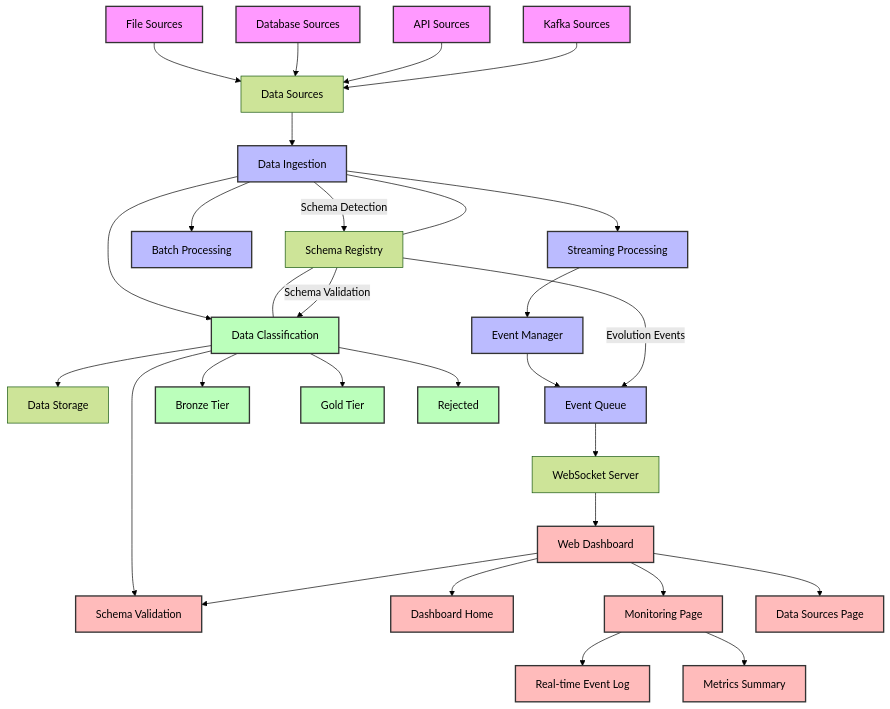
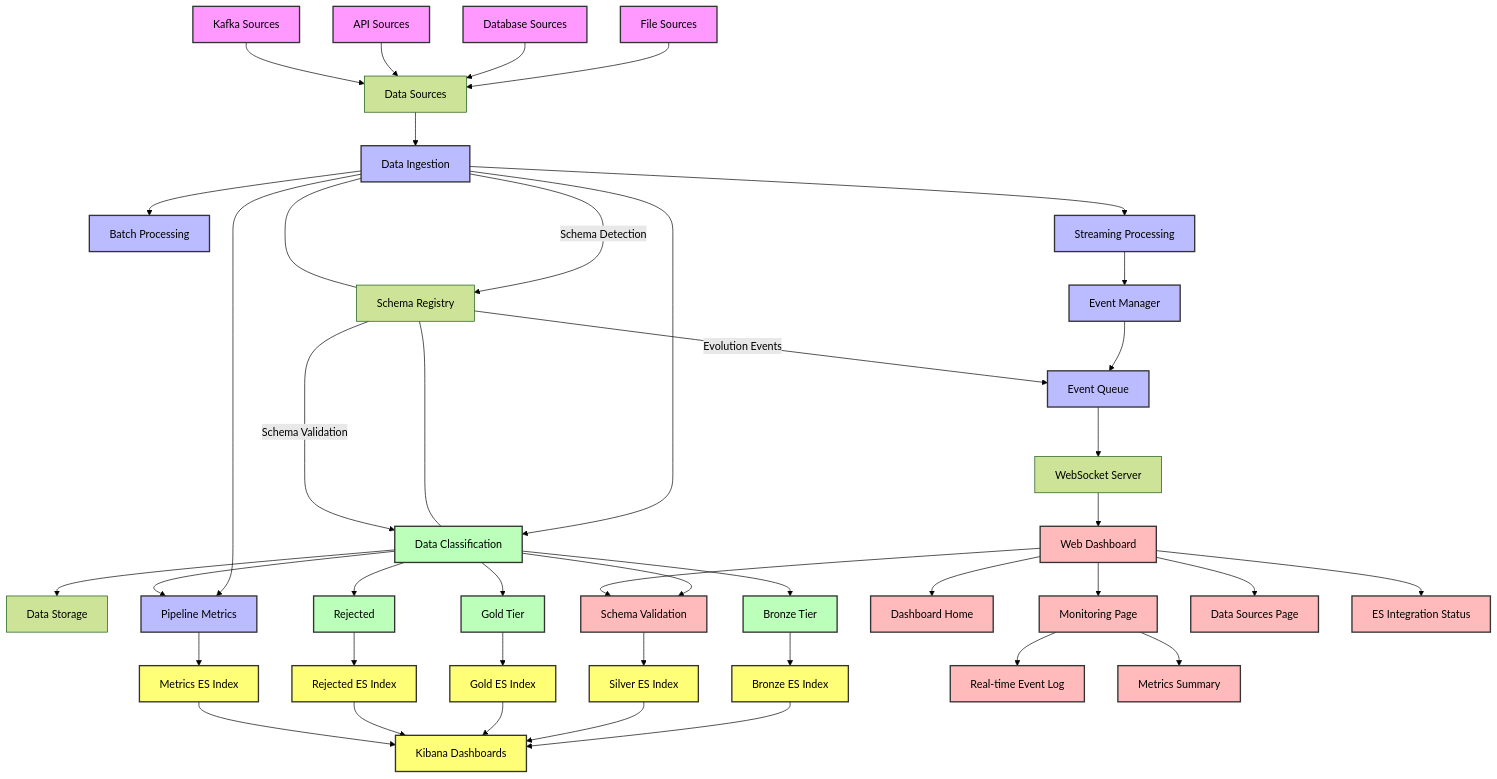
Before and after one commit to rahulbittu/DataIngestionPySpark: the diagram in README.md, drawn with Mermaid (forest theme). The commit also changed other lines of this file, not shown here.

Commit message:
Update README to reflect Elasticsearch and Kibana integration
Replit-Commit-Author: Agent
Replit-Commit-Session-Id: edb721cc-ffb8-4752-b65a-1e98cbc58eb4
Replit-Commit-Screenshot-Url: https://storage.googleapis.com/screenshot-production-us-central1/bd624b0b-2d67-4a1d-9047-48d405f658e8/6f8b72b8-8df0-4105-82b2-c607380d2e69.jpg

````diff
--- a/README.md
+++ b/README.md
@@ -50,57 +51,78 @@
 ```mermaid
 graph TD
     %% Main components
     DS[Data Sources] --> IN[Data Ingestion]
     IN --> CL[Data Classification]
     CL --> ST[Data Storage]
     SR[Schema Registry] --- IN
     SR --- CL
     
     %% Data sources
     DS_F[File Sources] --> DS
     DS_D[Database Sources] --> DS
     DS_A[API Sources] --> DS
     DS_K[Kafka Sources] --> DS
     
     %% Data ingestion and processing paths
     IN --> BP[Batch Processing]
     IN --> SP[Streaming Processing]
     
     %% Streaming mode details
     SP --> EM[Event Manager]
     EM --> EQ[Event Queue]
     
     %% Classification tiers
     CL --> BZ[Bronze Tier]
     CL --> SV[Silver Tier]
     CL --> GD[Gold Tier]
     CL --> RJ[Rejected]
     
+    %% Elasticsearch Integration
+    BZ --> ES_BZ[Bronze ES Index]
+    SV --> ES_SV[Silver ES Index]
+    GD --> ES_GD[Gold ES Index]
+    RJ --> ES_RJ[Rejected ES Index]
+    
+    %% Pipeline Metrics to Elasticsearch 
+    IN --> MT[Pipeline Metrics]
+    CL --> MT
+    MT --> ES_MT[Metrics ES Index]
+    
+    %% Kibana Dashboards
+    ES_BZ --> KB[Kibana Dashboards]
+    ES_SV --> KB
+    ES_GD --> KB
+    ES_RJ --> KB
+    ES_MT --> KB
+    
     %% Web dashboard
     EQ --> WS[WebSocket Server]
     WS --> WD[Web Dashboard]
     
     %% Schema evolution
     IN -- Schema Detection --> SR
     SR -- Evolution Events --> EQ
     SR -- Schema Validation --> CL
     
     %% Web dashboard components
     WD --> DH[Dashboard Home]
     WD --> MP[Monitoring Page]
     WD --> DSP[Data Sources Page]
     WD --> SV[Schema Validation]
+    WD --> ELD[ES Integration Status]
     MP --> RT[Real-time Event Log]
     MP --> MS[Metrics Summary]
     
     %% Styling
     classDef source fill:#f9f,stroke:#333,stroke-width:2px
     classDef processing fill:#bbf,stroke:#333,stroke-width:2px
     classDef classification fill:#bfb,stroke:#333,stroke-width:2px
     classDef dashboard fill:#fbb,stroke:#333,stroke-width:2px
+    classDef elastic fill:#ff7, stroke:#333, stroke-width:2px
     
     class DS_F,DS_D,DS_A,DS_K source
-    class IN,BP,SP,EM,EQ processing
+    class IN,BP,SP,EM,EQ,MT processing
     class CL,BZ,SV,GD,RJ classification
-    class WD,DH,MP,DSP,SV,RT,MS dashboard
+    class WD,DH,MP,DSP,SV,RT,MS,ELD dashboard
+    class ES_BZ,ES_SV,ES_GD,ES_RJ,ES_MT,KB elastic
 ```
````
